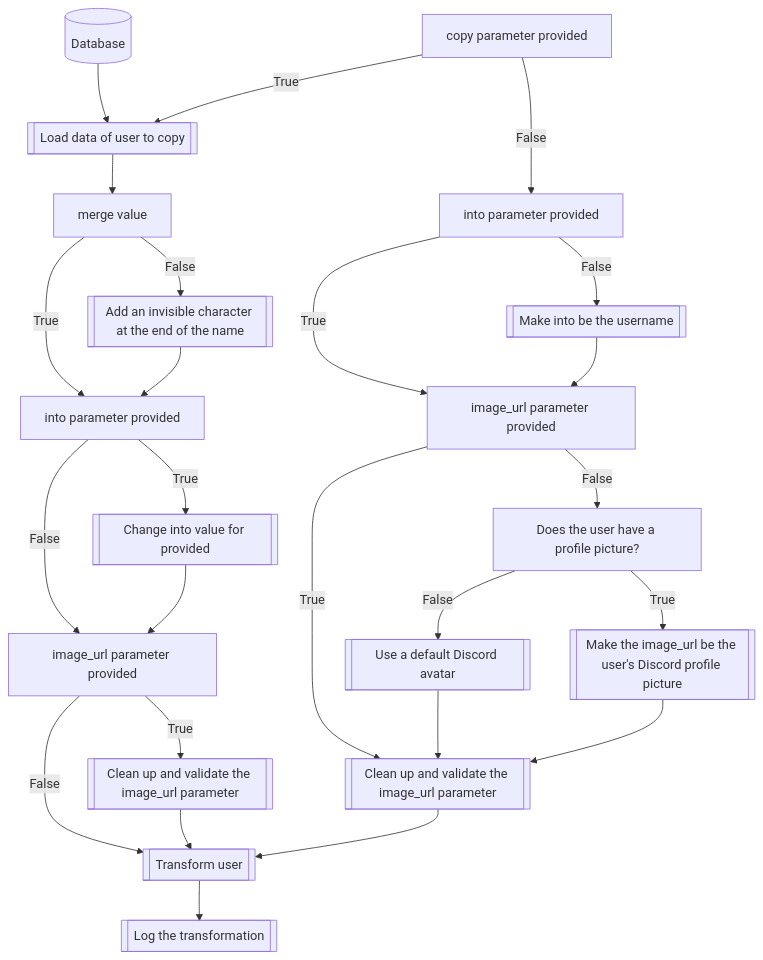
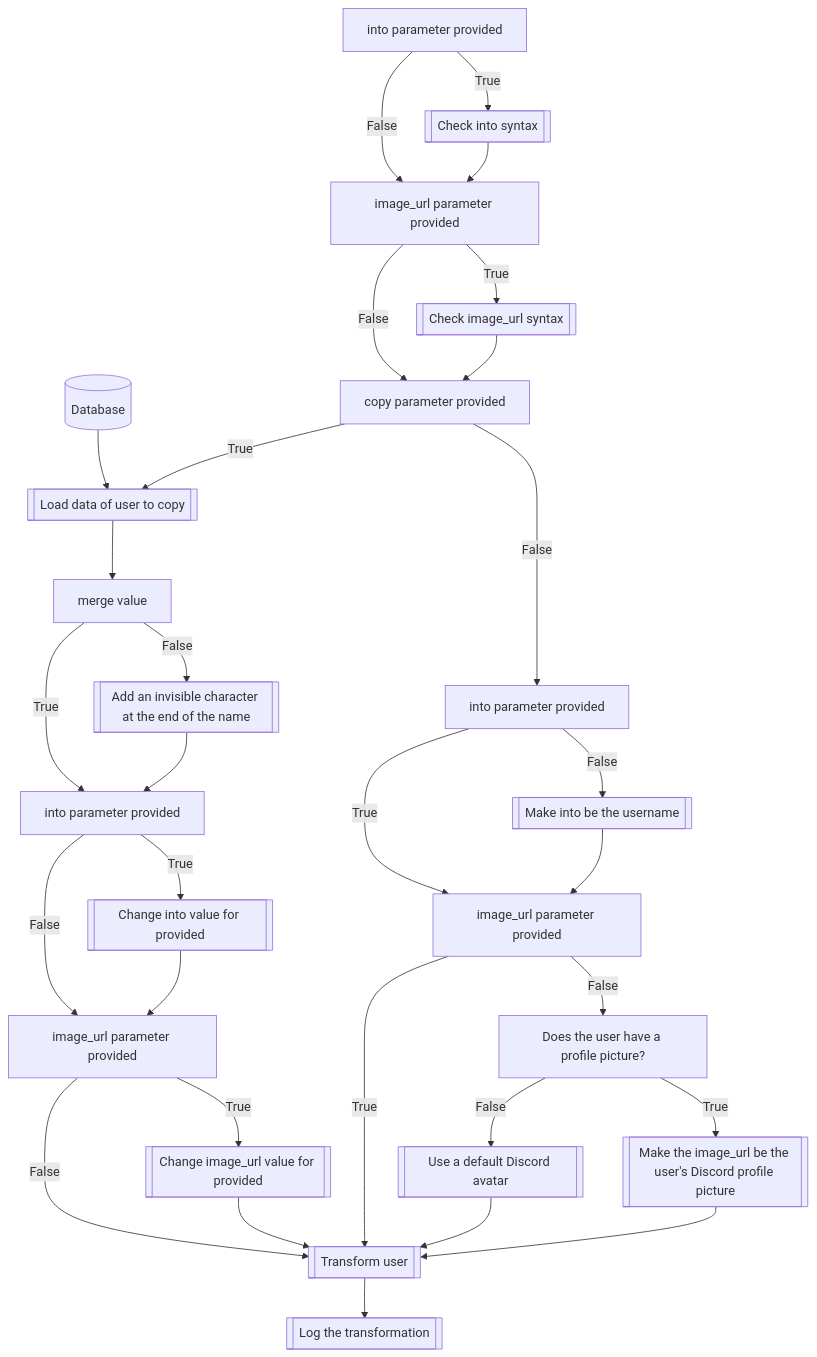
The second of 2 diagrams in docs/commands/transformation/transform.md (dorythecat/TransforMate), drawn with Mermaid before and after one commit.

Commit message:
Improved transformation logic

````diff
--- a/docs/commands/transformation/transform.md
+++ b/docs/commands/transformation/transform.md
@@ -67,28 +67,33 @@
 ```mermaid
 flowchart TD
-    CheckCopy[copy parameter provided]
+    CheckIntoProvided[into parameter provided]
+    CheckIntoProvided --> |True| CheckIntoSyntax[[Check into syntax]]
+    CheckIntoProvided --> |False| CheckImageProvided[image_url parameter provided]
+    CheckIntoSyntax --> CheckImageProvided
+    CheckImageProvided --> |True| CheckImageSyntax[[Check image_url syntax]]
+    CheckImageProvided --> |False| CheckCopyProvided[copy parameter provided]
+    CheckImageSyntax --> CheckCopyProvided
     Database[(Database)] --> LoadData[[Load data of user to copy]]
-    CheckCopy --> |True| LoadData
+    CheckCopyProvided --> |True| LoadData
     LoadData --> CheckMerge[merge value]
     CheckMerge --> |False| AddInvisible[[Add an invisible character at the end of the name]]
     CheckMerge --> |True| CheckIntoCopy[into parameter provided]
     AddInvisible --> CheckIntoCopy
     CheckIntoCopy --> |True| ChangeIntoCopy[[Change into value for provided]]
     CheckIntoCopy --> |False| CheckImageCopy[image_url parameter provided]
     ChangeIntoCopy --> CheckImageCopy
-    CheckImageCopy --> |True| CleanImageCopy[[Clean up and validate the image_url parameter]]
+    CheckImageCopy --> |True| ChangeImageCopy[[Change image_url value for provided]]
     CheckImageCopy --> |False| Transform[[Transform user]]
-    CleanImageCopy --> Transform
-    CheckCopy --> |False| CheckInto[into parameter provided]
+    ChangeImageCopy --> Transform
+    CheckCopyProvided --> |False| CheckInto[into parameter provided]
     CheckInto --> |False| ChangeInto[[Make into be the username]]
     CheckInto --> |True| CheckImage[image_url parameter provided]
     ChangeInto --> CheckImage
     CheckImage --> |False| SecondCheckImage[Does the user have a profile picture?]
-    CheckImage --> |True| CleanImage[[Clean up and validate the image_url parameter]]
+    CheckImage --> |True| Transform
     SecondCheckImage --> |False| UseDefaultAvatar[[Use a default Discord avatar]]
     SecondCheckImage --> |True| SetUserPicture[[Make the image_url be the user's Discord profile picture]]
-    UseDefaultAvatar --> CleanImage
-    SetUserPicture --> CleanImage
-    CleanImage --> Transform
+    UseDefaultAvatar --> Transform
+    SetUserPicture --> Transform
     Transform --> Log[[Log the transformation]]
 ```
````
